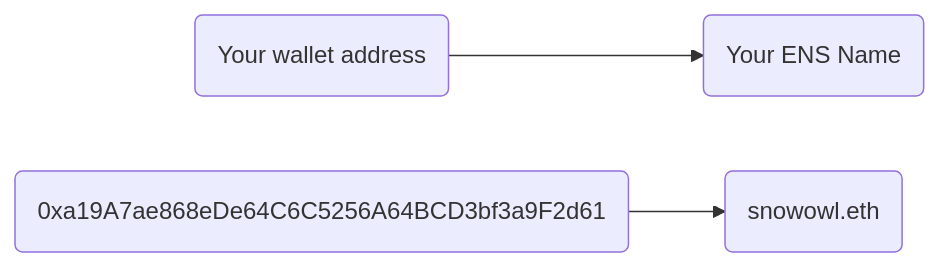
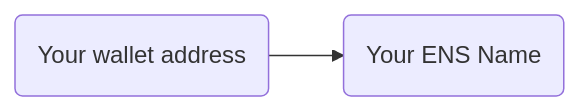
One commit to ensdomains/ens-support-docs changed the second of 2 diagrams in docs/names/records/primary.mdx. Above: the diagram before and after it, drawn with Mermaid. The commit also changed other lines of this file and 19 other files, not shown here.

````diff
--- a/docs/names/records/primary.mdx
+++ b/docs/names/records/primary.mdx
@@ -46,16 +37,13 @@
 ```mermaid
 %%{
   init: {
     'flowchart': {
        'curve': 'linear'
       } } }%%
       
 graph LR;
 A(Your ENS Name);
 B(Your wallet address);
-C(snowowl.eth)
-D(0xa19A7ae868eDe64C6C5256A64BCD3bf3a9F2d61)
 
 B-->A;
-D-->C;
 ```
````
